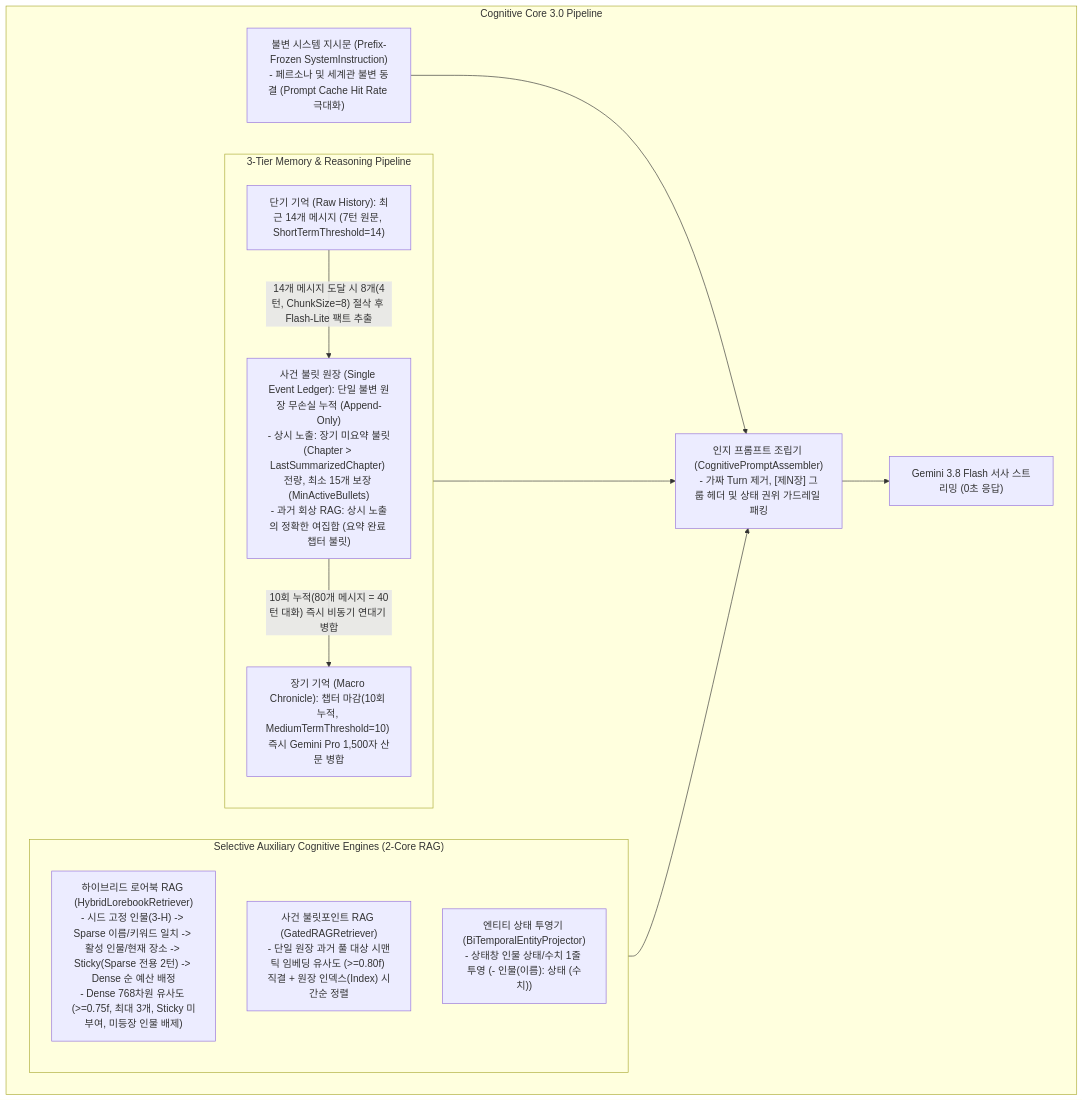
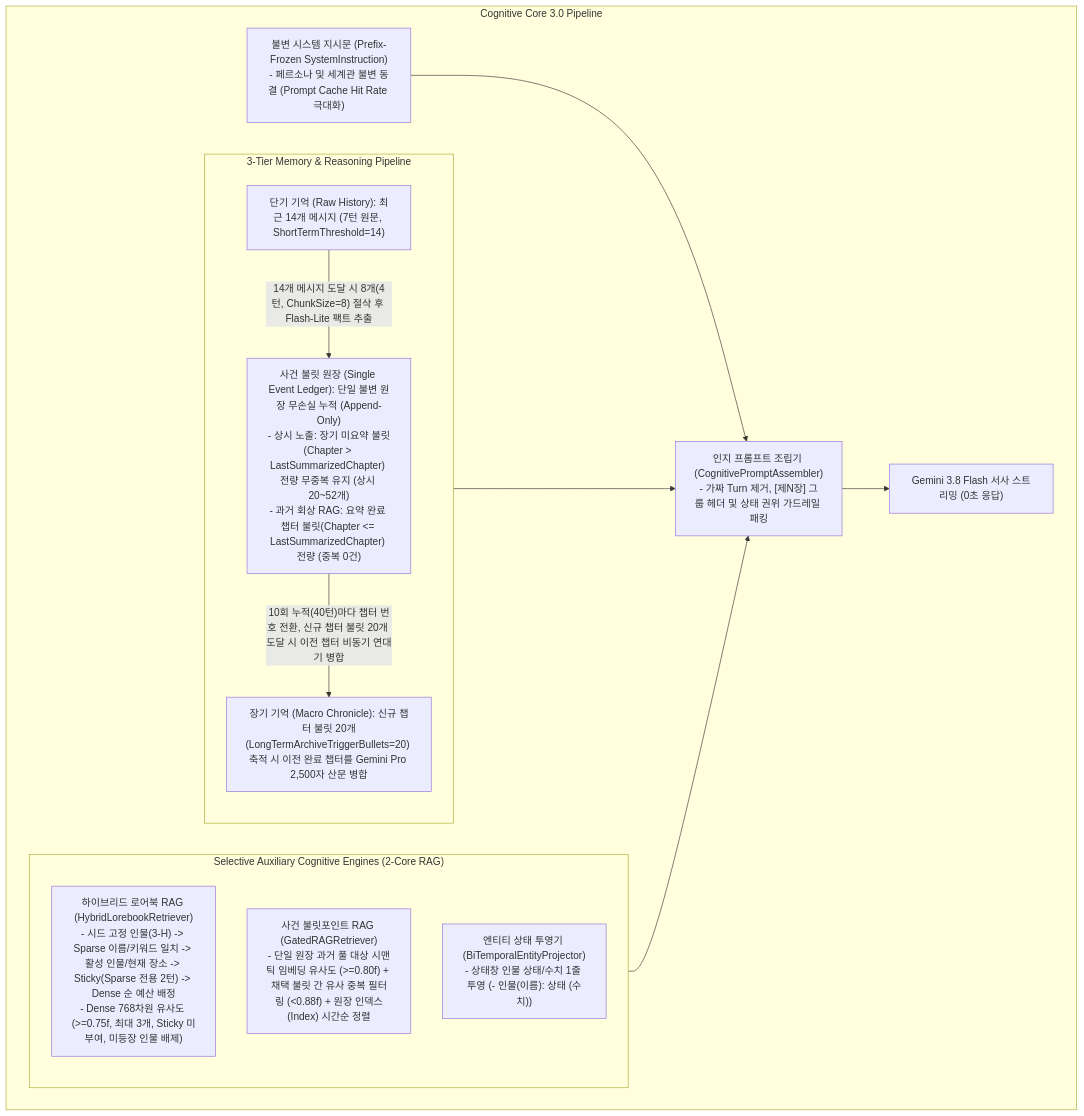
One commit to jin20203458/Obsidian.Agent changed the first of 3 diagrams in GRC/docs/01_grc_architecture.md. Above: the diagram before and after it, drawn with Mermaid. The commit also changed other lines of this file and 2 other files, not shown here.

Commit message:
docs(grc): sync zero-overlap deferred chapter archival and 76-turn audit specs

````diff
--- a/GRC/docs/01_grc_architecture.md
+++ b/GRC/docs/01_grc_architecture.md
@@ -36,28 +36,28 @@
 ```mermaid
 flowchart TB
     subgraph COGNITIVE_CORE ["Cognitive Core 3.0 Pipeline"]
         SYS["불변 시스템 지시문 (Prefix-Frozen SystemInstruction)<br>- 페르소나 및 세계관 불변 동결 (Prompt Cache Hit Rate 극대화)"]
         
         subgraph TIERS ["3-Tier Memory & Reasoning Pipeline"]
             M1["단기 기억 (Raw History): 최근 14개 메시지 (7턴 원문, ShortTermThreshold=14)"]
-            M2["사건 불릿 원장 (Single Event Ledger): 단일 불변 원장 무손실 누적 (Append-Only)<br>- 상시 노출: 장기 미요약 불릿(Chapter > LastSummarizedChapter) 전량, 최소 15개 보장 (MinActiveBullets)<br>- 과거 회상 RAG: 상시 노출의 정확한 여집합 (요약 완료 챕터 불릿)"]
-            M3["장기 기억 (Macro Chronicle): 챕터 마감(10회 누적, MediumTermThreshold=10) 즉시 Gemini Pro 1,500자 산문 병합"]
+            M2["사건 불릿 원장 (Single Event Ledger): 단일 불변 원장 무손실 누적 (Append-Only)<br>- 상시 노출: 장기 미요약 불릿(Chapter > LastSummarizedChapter) 전량 무중복 유지 (상시 20~52개)<br>- 과거 회상 RAG: 요약 완료 챕터 불릿(Chapter <= LastSummarizedChapter) 전량 (중복 0건)"]
+            M3["장기 기억 (Macro Chronicle): 신규 챕터 불릿 20개(LongTermArchiveTriggerBullets=20) 축적 시 이전 완료 챕터를 Gemini Pro 2,500자 산문 병합"]
             
             M1 -->|"14개 메시지 도달 시 8개(4턴, ChunkSize=8) 절삭 후 Flash-Lite 팩트 추출"| M2
-            M2 -->|"10회 누적(80개 메시지 = 40턴 대화) 즉시 비동기 연대기 병합"| M3
+            M2 -->|"10회 누적(40턴)마다 챕터 번호 전환, 신규 챕터 불릿 20개 도달 시 이전 챕터 비동기 연대기 병합"| M3
         end
         
         subgraph AUXILIARY ["Selective Auxiliary Cognitive Engines (2-Core RAG)"]
             HL["하이브리드 로어북 RAG (HybridLorebookRetriever)<br>- 시드 고정 인물(3-H) -> Sparse 이름/키워드 일치 -> 활성 인물/현재 장소 -> Sticky(Sparse 전용 2턴) -> Dense 순 예산 배정<br>- Dense 768차원 유사도 (>=0.75f, 최대 3개, Sticky 미부여, 미등장 인물 배제)"]
-            GR["사건 불릿포인트 RAG (GatedRAGRetriever)<br>- 단일 원장 과거 풀 대상 시맨틱 임베딩 유사도 (>=0.80f) 직결 + 원장 인덱스(Index) 시간순 정렬"]
+            GR["사건 불릿포인트 RAG (GatedRAGRetriever)<br>- 단일 원장 과거 풀 대상 시맨틱 임베딩 유사도 (>=0.80f) + 채택 불릿 간 유사 중복 필터링 (<0.88f) + 원장 인덱스(Index) 시간순 정렬"]
             BP["엔티티 상태 투영기 (BiTemporalEntityProjector)<br>- 상태창 인물 상태/수치 1줄 투영 (- 인물(이름): 상태 (수치))"]
         end
         
         ASSEMBLER["인지 프롬프트 조립기 (CognitivePromptAssembler)<br>- 가짜 Turn 제거, [제N장] 그룹 헤더 및 상태 권위 가드레일 패킹"]
         
         SYS --> ASSEMBLER
         TIERS --> ASSEMBLER
         AUXILIARY --> ASSEMBLER
         ASSEMBLER --> LLM["Gemini 3.8 Flash 서사 스트리밍 (0초 응답)"]
     end
 ```
````
